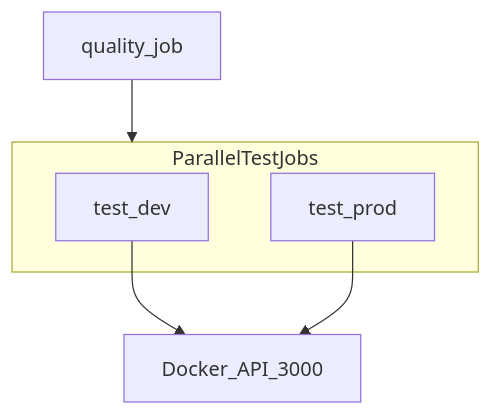
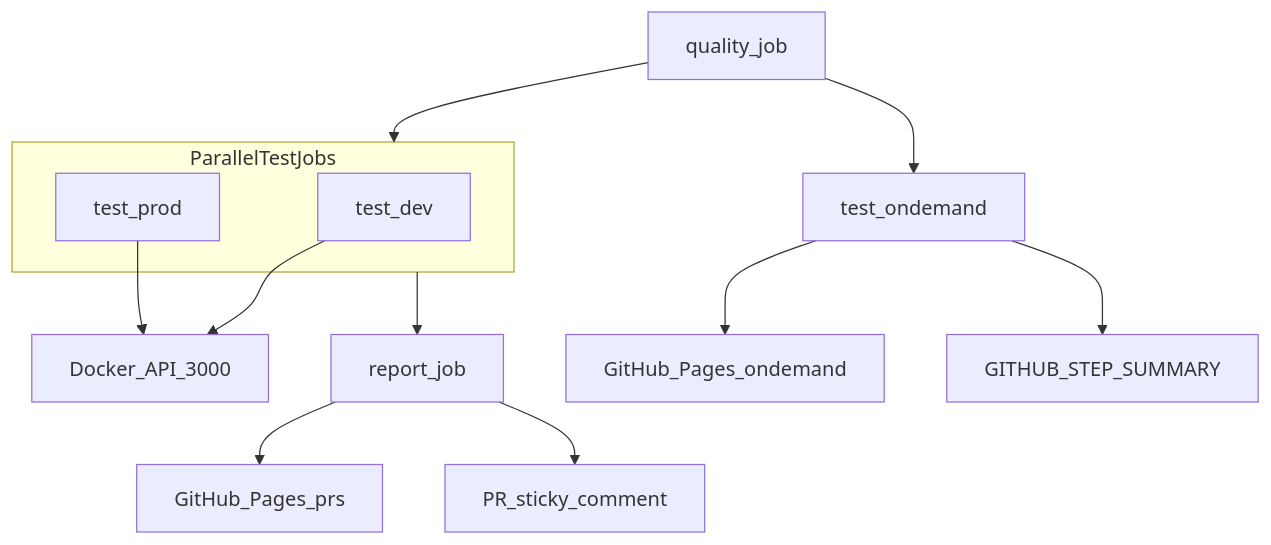
One commit to sg0nzalez/user-management-tests changed the second of 2 diagrams in docs/ARCHITECTURE.md. Above: the diagram before and after it, drawn with Mermaid. The commit also changed other lines of this file and 4 other files, not shown here.

````diff
--- a/docs/ARCHITECTURE.md
+++ b/docs/ARCHITECTURE.md
@@ -96,11 +96,17 @@
 ```mermaid
 flowchart TB
   quality[quality_job]
   subgraph parallel [ParallelTestJobs]
     devJob[test_dev]
     prodJob[test_prod]
   end
   quality --> parallel
   devJob --> docker[Docker_API_3000]
   prodJob --> docker
+  parallel --> report[report_job]
+  report --> pagesPr[GitHub_Pages_prs]
+  report --> prComment[PR_sticky_comment]
+  quality --> ondemand[test_ondemand]
+  ondemand --> pagesOd[GitHub_Pages_ondemand]
+  ondemand --> stepSummary[GITHUB_STEP_SUMMARY]
 ```
````
